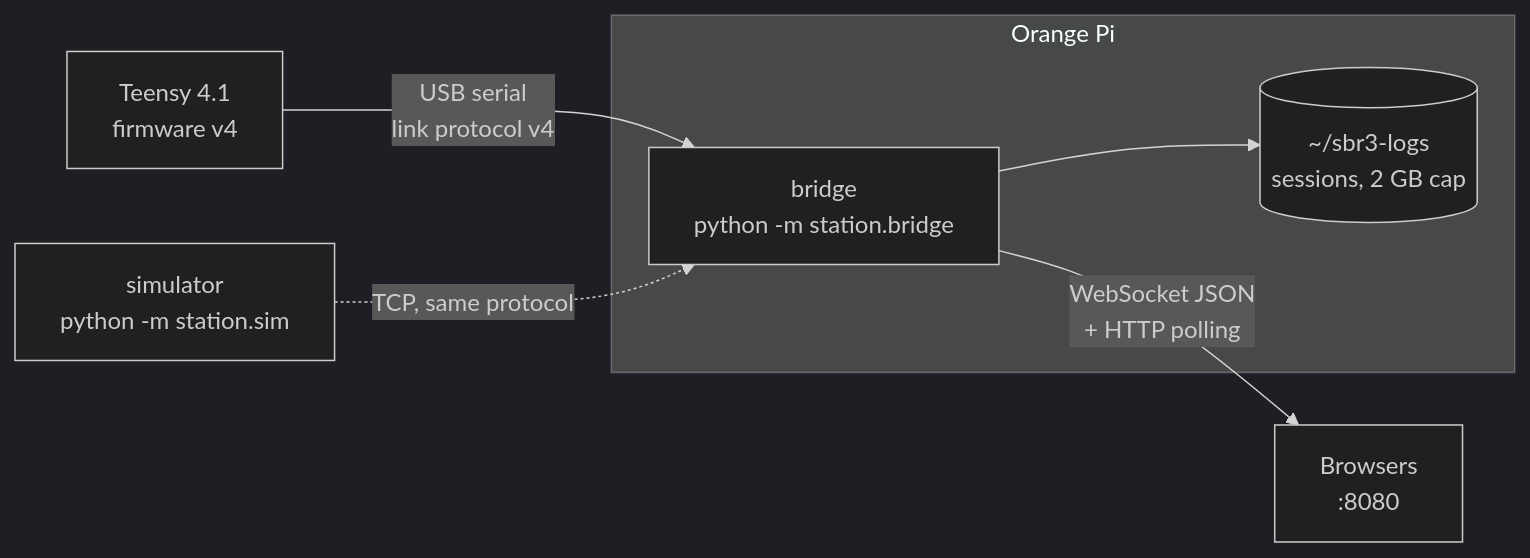
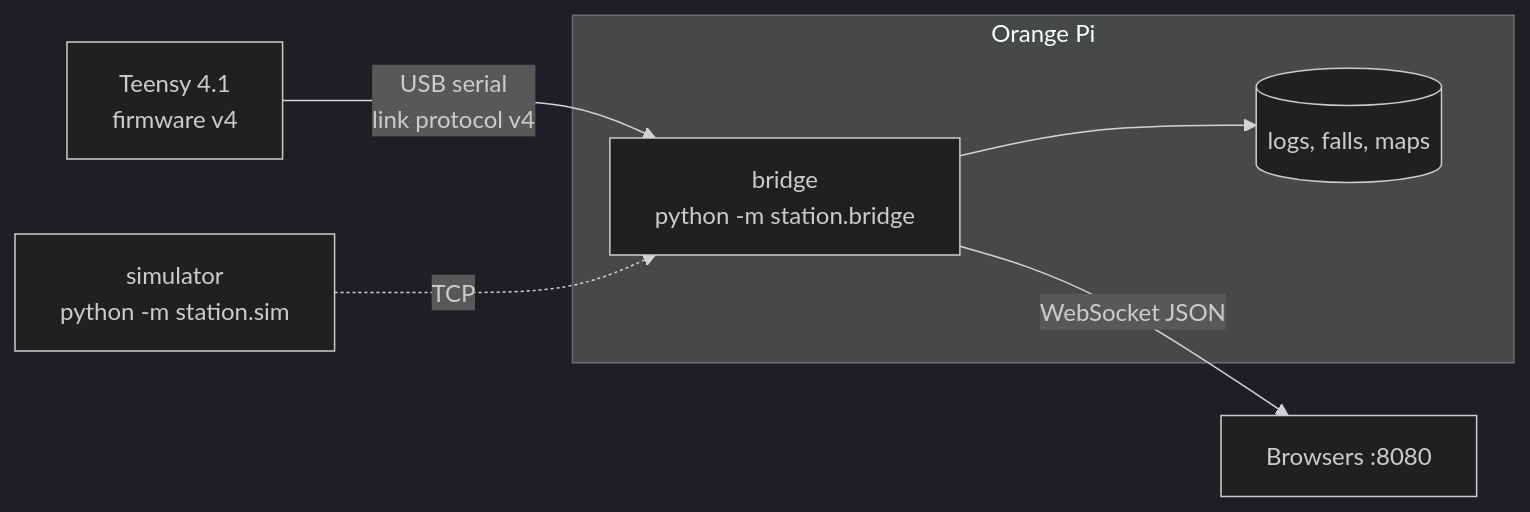
One commit to nespotts/self_balancing_robot_3 changed the diagram in station/README.md. Above: the diagram before and after it, drawn with Mermaid (dark theme). The commit also changed other lines of this file and 12 other files, not shown here.

First line of the commit message:
Visual docs: short README with diagram + quick start, firmware.md split into safety/modes/params/range-nav/motors/internals, station README as a screenshot tour, API moved to docs/api.md

````diff
--- a/station/README.md
+++ b/station/README.md
@@ -14,9 +5,9 @@
 ```mermaid
 flowchart LR
   T[Teensy 4.1<br>firmware v4] -- "USB serial<br>link protocol v4" --> B
   subgraph Pi[Orange Pi]
-    B[bridge<br>python -m station.bridge] --> L[(~/sbr3-logs<br>sessions, 2 GB cap)]
+    B[bridge<br>python -m station.bridge] --> L[(logs, falls, maps)]
   end
-  B -- "WebSocket JSON<br>+ HTTP polling" --> W[Browsers<br>:8080]
-  S[simulator<br>python -m station.sim] -. "TCP, same protocol" .-> B
+  B -- "WebSocket JSON" --> W[Browsers :8080]
+  S[simulator<br>python -m station.sim] -. "TCP" .-> B
 ```
````
